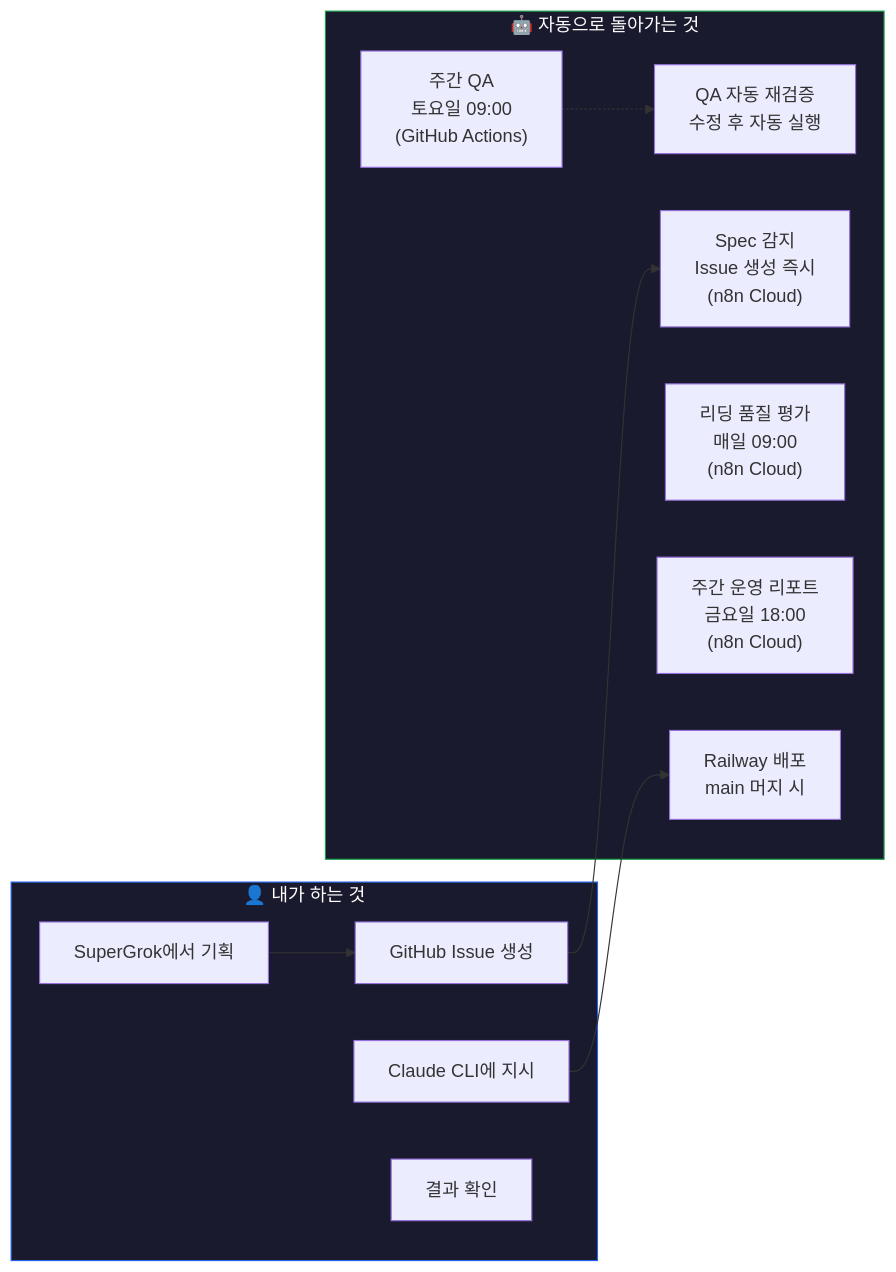
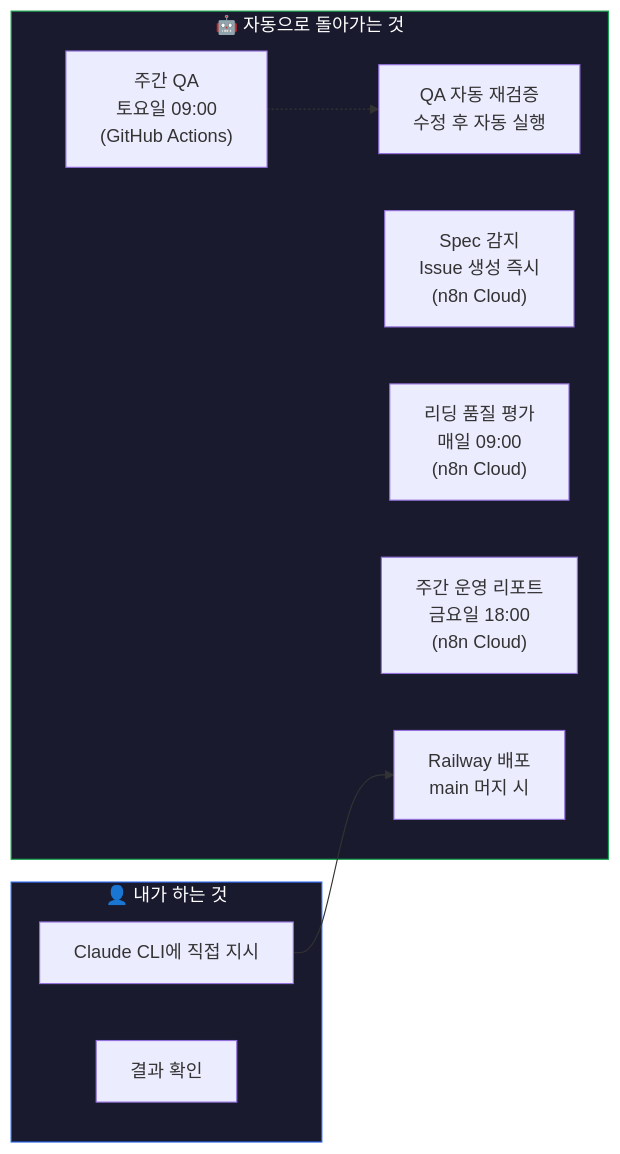
The fifth of 6 diagrams in docs/operation-guide.md (xzawed/ArcanaInsight), drawn with Mermaid before and after one commit. The commit also changed other lines of this file and 3 other files, not shown here.

````diff
--- a/docs/operation-guide.md
+++ b/docs/operation-guide.md
@@ -133,25 +136,22 @@
 ```mermaid
 flowchart LR
     subgraph 자동["🤖 자동으로 돌아가는 것"]
         QA["주간 QA<br/>토요일 09:00<br/>(GitHub Actions)"]
         재검증["QA 자동 재검증<br/>수정 후 자동 실행"]
         Spec["Spec 감지<br/>Issue 생성 즉시<br/>(n8n Cloud)"]
         품질["리딩 품질 평가<br/>매일 09:00<br/>(n8n Cloud)"]
         리포트["주간 운영 리포트<br/>금요일 18:00<br/>(n8n Cloud)"]
         배포["Railway 배포<br/>main 머지 시"]
     end
 
     subgraph 수동["👤 내가 하는 것"]
-        기획["SuperGrok에서 기획"]
-        Issue["GitHub Issue 생성"]
-        지시["Claude CLI에 지시"]
+        지시["Claude CLI에 직접 지시"]
         확인["결과 확인"]
     end
 
-    기획 --> Issue --> Spec
     지시 --> 배포
     QA -.-> 재검증
 
     style 자동 fill:#1a1a2e,stroke:#16a34a,color:#fff
     style 수동 fill:#1a1a2e,stroke:#2563eb,color:#fff
 ```
````
